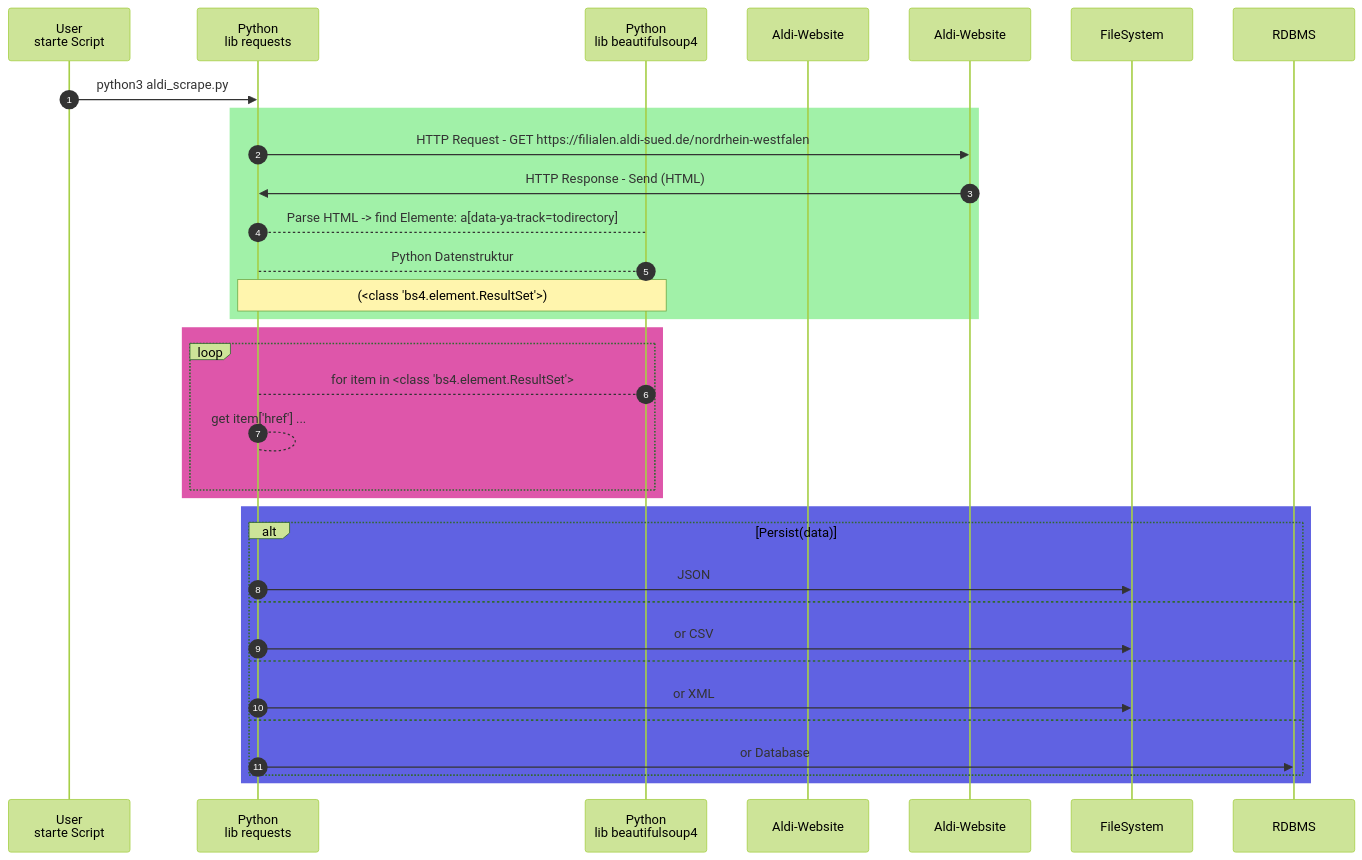
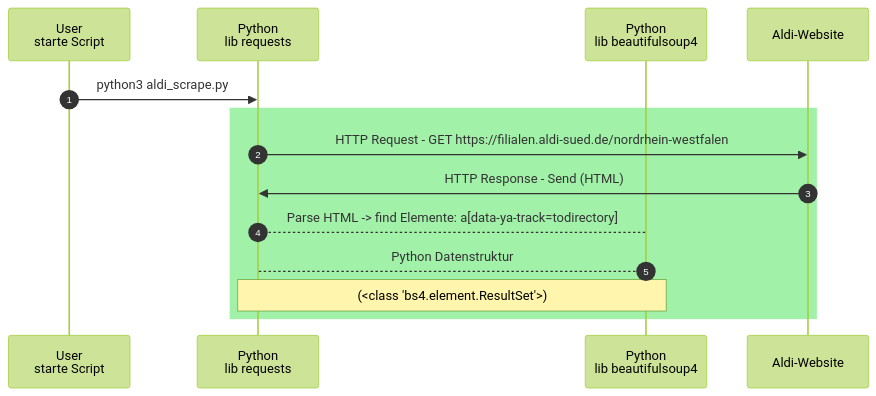
The first of 2 diagrams in projekte/smda/proj_doq/webscraping.md (nevsglueckauf/high_five), drawn with Mermaid (forest theme) before and after one commit.

Commit message:
CEANING BOT

````diff
--- a/projekte/smda/proj_doq/webscraping.md
+++ b/projekte/smda/proj_doq/webscraping.md
@@ -33,35 +33,18 @@
 ```mermaid
 sequenceDiagram
     autonumber
     participant Usr as User<br/>starte Script
     participant Py as Python<br/>lib requests
     participant SP as Python<br/> lib beautifulsoup4 
-    
     participant Webserver as Aldi-Website
     Usr->>Py:python3  aldi_scrape.py  
     rect rgb(161, 241, 168)
-            Py->>Aldi-Website: HTTP Request - GET  https://filialen.aldi-sued.de/nordrhein-westfalen
-            Aldi-Website->>Py: HTTP Response - Send (HTML)
+            Py->>Webserver: HTTP Request - GET  https://filialen.aldi-sued.de/nordrhein-westfalen
+            Webserver->>Py: HTTP Response - Send (HTML)
             Py-->SP: Parse HTML -> find Elemente: a[data-ya-track=todirectory]
             SP-->Py: Python Datenstruktur 
             note over Py, SP: (<class 'bs4.element.ResultSet'>)
     end
-    rect rgb(222, 86, 170)
-        loop 
-            SP-->Py: for item in <class 'bs4.element.ResultSet'>
-            Py-->Py: get item['href'] ...
-        end
-    end
-    rect rgb(96, 98, 226)
-        alt Persist(data)
-            Py->>FileSystem: JSON 
-        else 
-            Py->>FileSystem: or CSV 
-        else 
-            Py->>FileSystem: or XML 
-        else 
-            Py->>RDBMS: or Database 
-        end
-    end    
+    
 
 ```
````
